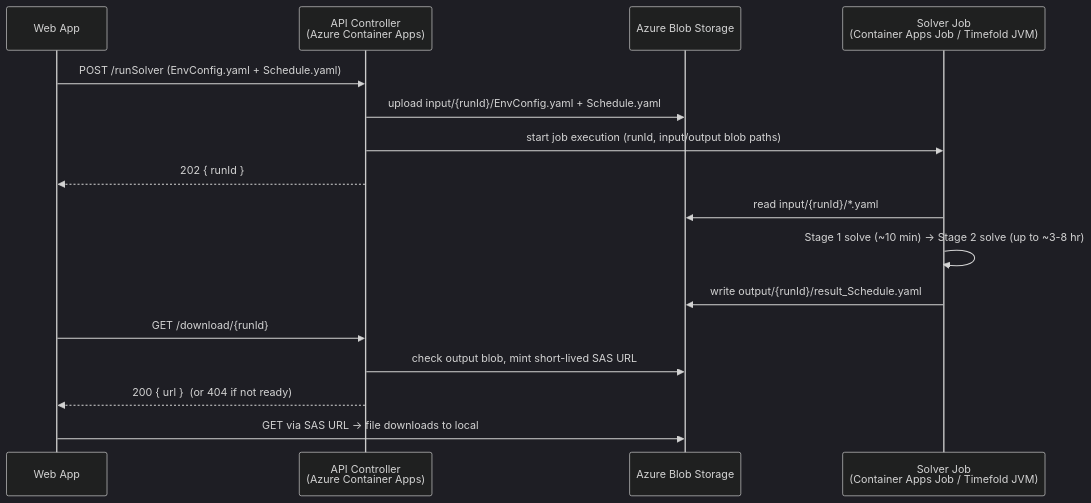
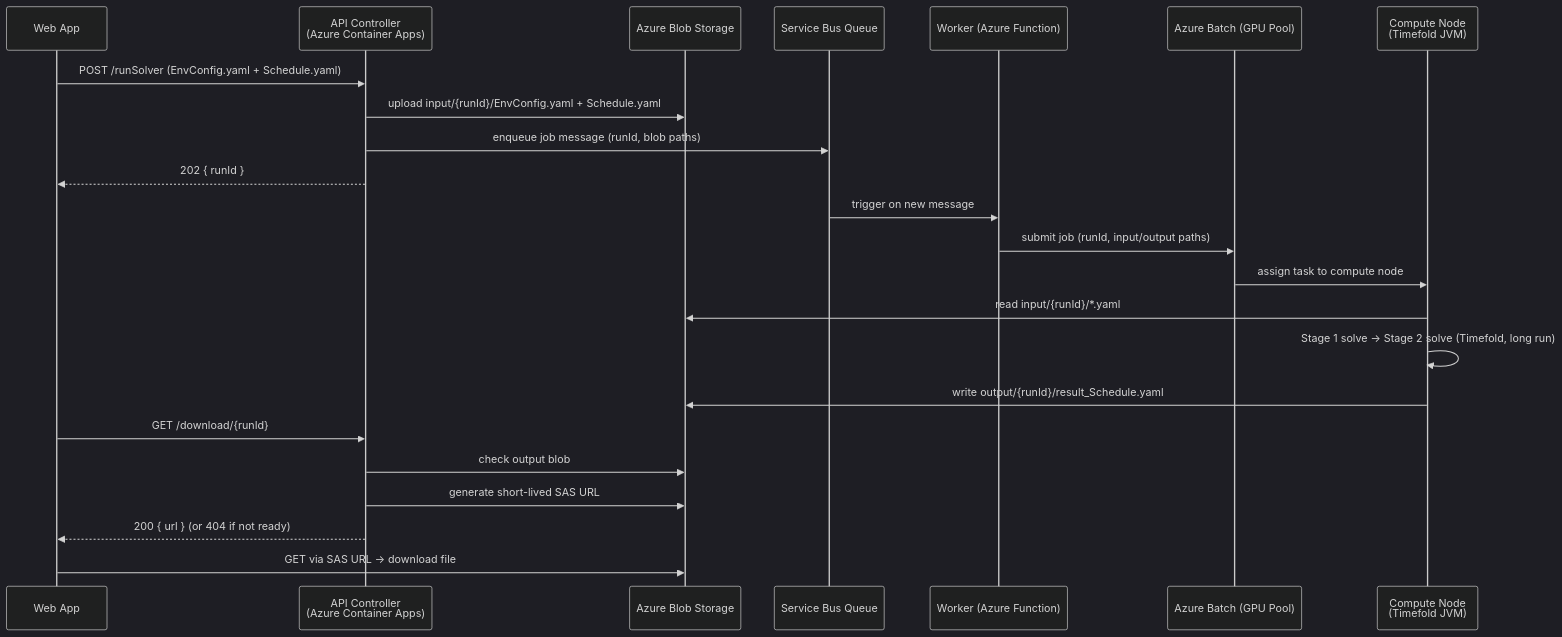
The diagram in Timefold_EmployeeScheduler/07_RESEARCH/webapp/Solver Execution Pipeline.md (WhiTeXCharGe/TF_Testing), drawn with Mermaid (dark theme) before and after one commit. The commit also changed other lines of this file, not shown here.

````diff
--- a/Timefold_EmployeeScheduler/07_RESEARCH/webapp/Solver Execution Pipeline.md
+++ b/Timefold_EmployeeScheduler/07_RESEARCH/webapp/Solver Execution Pipeline.md
@@ -303,42 +10,113 @@
 ```mermaid
+
+  
 
 sequenceDiagram
 
-    participant W as Web App
+  
 
-    participant API as API Controller<br/>(Azure Container Apps)
-
-    participant BLOB as Azure Blob Storage
-
-    participant JOB as Solver Job<br/>(Container Apps Job / Timefold JVM)
+    participant W as Web App
 
   
 
-    W->>API: POST /runSolver (EnvConfig.yaml + Schedule.yaml)
-
-    API->>BLOB: upload input/{runId}/EnvConfig.yaml + Schedule.yaml
-
-    API->>JOB: start job execution (runId, input/output blob paths)
-
-    API-->>W: 202 { runId }
+    participant API as API Controller<br/>(Azure Container Apps)
 
   
 
-    JOB->>BLOB: read input/{runId}/*.yaml
-
-    JOB->>JOB: Stage 1 solve (~10 min) → Stage 2 solve (up to ~3-8 hr)
-
-    JOB->>BLOB: write output/{runId}/result_Schedule.yaml
+    participant BLOB as Azure Blob Storage
 
   
 
+    participant SB as Service Bus Queue
 
-    W->>API: GET /download/{runId}
+  
 
-    API->>BLOB: check output blob, mint short-lived SAS URL
+    participant WK as Worker (Azure Function)
 
-    API-->>W: 200 { url }  (or 404 if not ready)
+  
 
-    W->>BLOB: GET via SAS URL → file downloads to local
+    participant BATCH as Azure Batch (GPU Pool)
+
+  
+
+    participant NODE as Compute Node<br/>(Timefold JVM)
+
+  
+
+  
+
+    W->>API: POST /runSolver (EnvConfig.yaml + Schedule.yaml)
+
+  
+
+  
+
+    API->>BLOB: upload input/{runId}/EnvConfig.yaml + Schedule.yaml
+
+  
+
+    API->>SB: enqueue job message (runId, blob paths)
+
+  
+
+    API-->>W: 202 { runId }
+
+  
+
+  
+
+    SB->>WK: trigger on new message
+
+  
+
+    WK->>BATCH: submit job (runId, input/output paths)
+
+  
+
+  
+
+    BATCH->>NODE: assign task to compute node
+
+  
+
+  
+
+    NODE->>BLOB: read input/{runId}/*.yaml
+
+  
+
+    NODE->>NODE: Stage 1 solve → Stage 2 solve (Timefold, long run)
+
+  
+
+    NODE->>BLOB: write output/{runId}/result_Schedule.yaml
+
+  
+
+  
+
+    W->>API: GET /download/{runId}
+
+  
+
+  
+
+    API->>BLOB: check output blob
+
+  
+
+    API->>BLOB: generate short-lived SAS URL
+
+  
+
+    API-->>W: 200 { url } (or 404 if not ready)
+
+  
+
+  
+
+    W->>BLOB: GET via SAS URL → download file
+
+  
 
 ```
````
